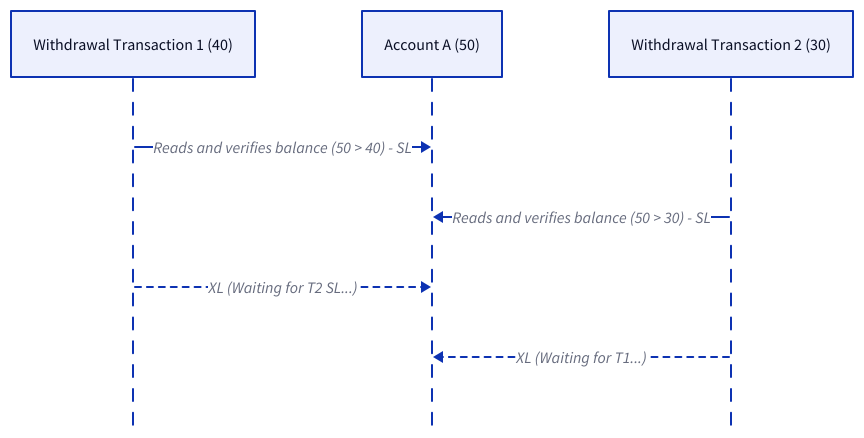
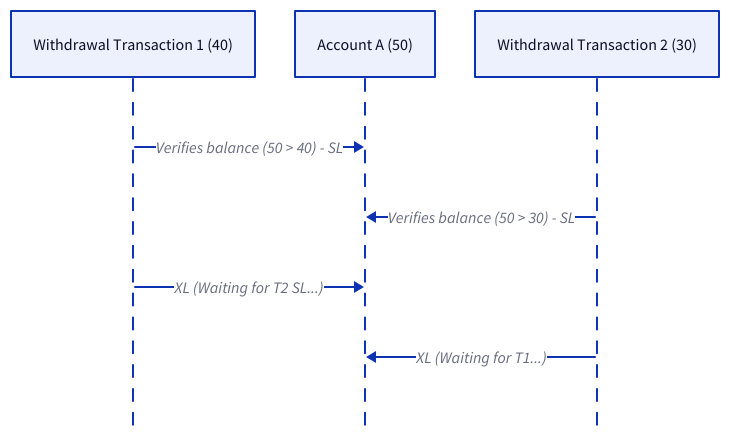
One commit to link1905/system-design-101 changed diagram 19 of 29 in content/docs/data-persistence/sql-database/concurrency-control.md. Above: the diagram before and after it, drawn with D2. The commit also changed other lines of this file and 40 other files, not shown here.

````diff
--- a/content/docs/data-persistence/sql-database/concurrency-control.md
+++ b/content/docs/data-persistence/sql-database/concurrency-control.md
@@ -551,15 +568,15 @@
 ```d2
 
 shape: sequence_diagram
 t1: Withdrawal Transaction 1 (40)
 a: Account A (50)
 t2: Withdrawal Transaction 2 (30)
-t1 -> a: Reads and verifies balance (50 > 40) - SL
-t2 -> a: Reads and verifies balance (50 > 30) - SL
+t1 -> a: Verifies balance (50 > 40) - SL
+t2 -> a: Verifies balance (50 > 30) - SL
 t1 -> a: XL (Waiting for T2 SL...) {
-    style.stroke-dash: 3
+  class: generic-error
 }
 t2 -> a: XL (Waiting for T1...) {
-    style.stroke-dash: 3
+  class: generic-error
 }
 ```
````
